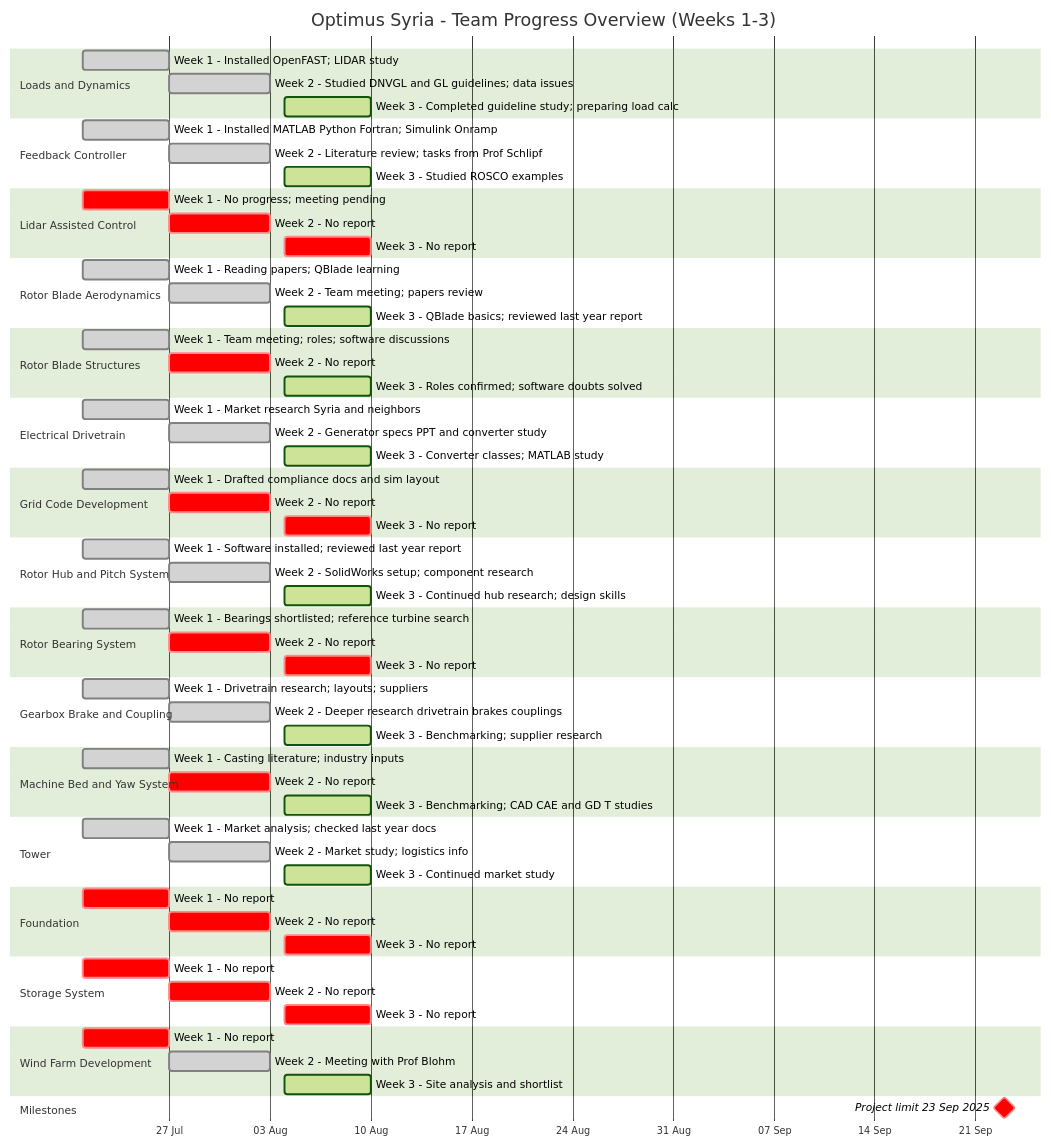
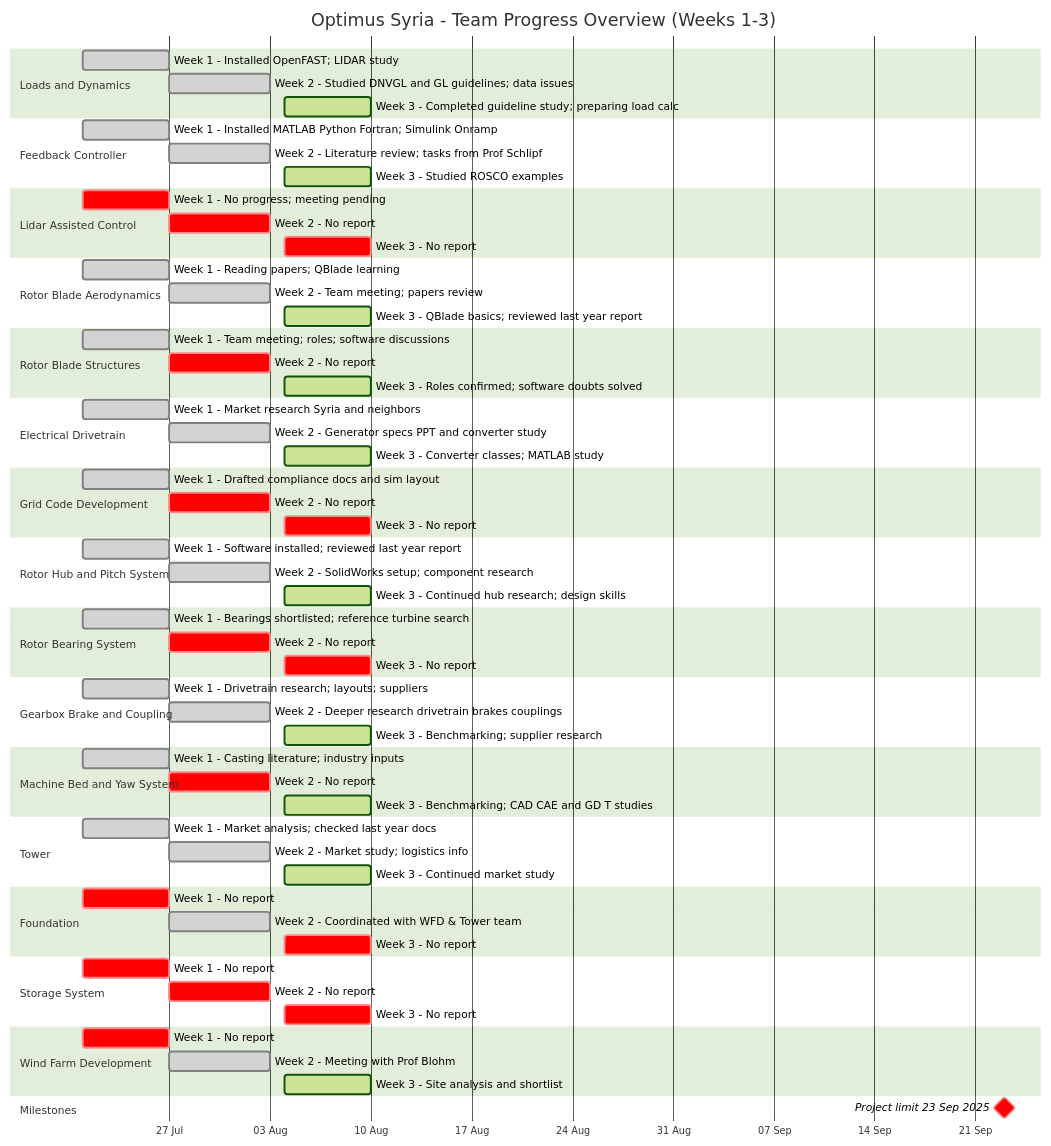
The diagram in docs/week1.md (Karim-bakhtyar/Optimus-Syria-WEC), drawn with Mermaid (forest theme) before and after one commit.

```diff
--- a/docs/week1.md
+++ b/docs/week1.md
@@ -440,7 +440,7 @@
 
     section Foundation
     Week 1 - No report                                        :crit,   2025-07-21, 6d
-    Week 2 - No report                                        :crit,   2025-07-27, 7d
+    Week 2 - Coordinated with WFD & Tower team                :done,   2025-07-27, 7d
     Week 3 - No report                                        :crit,   2025-08-04, 6d
 
     section Storage System
```
